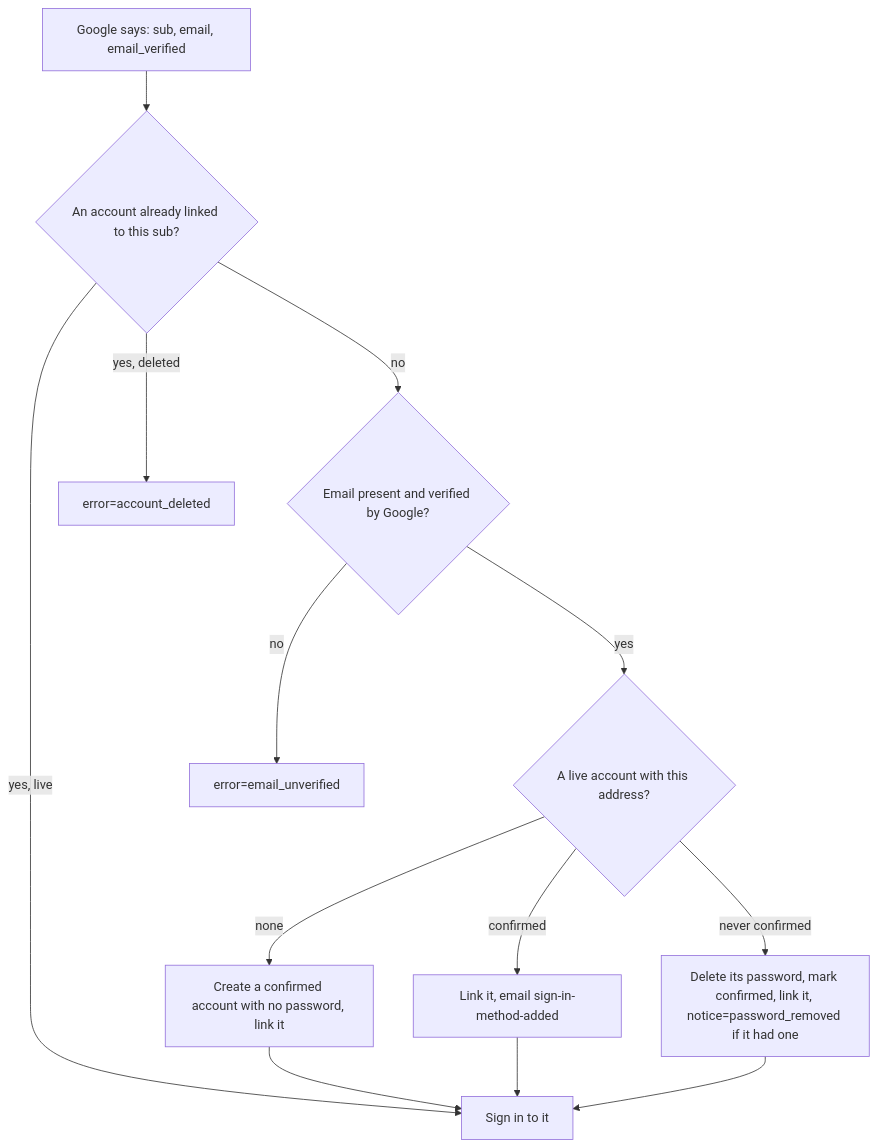
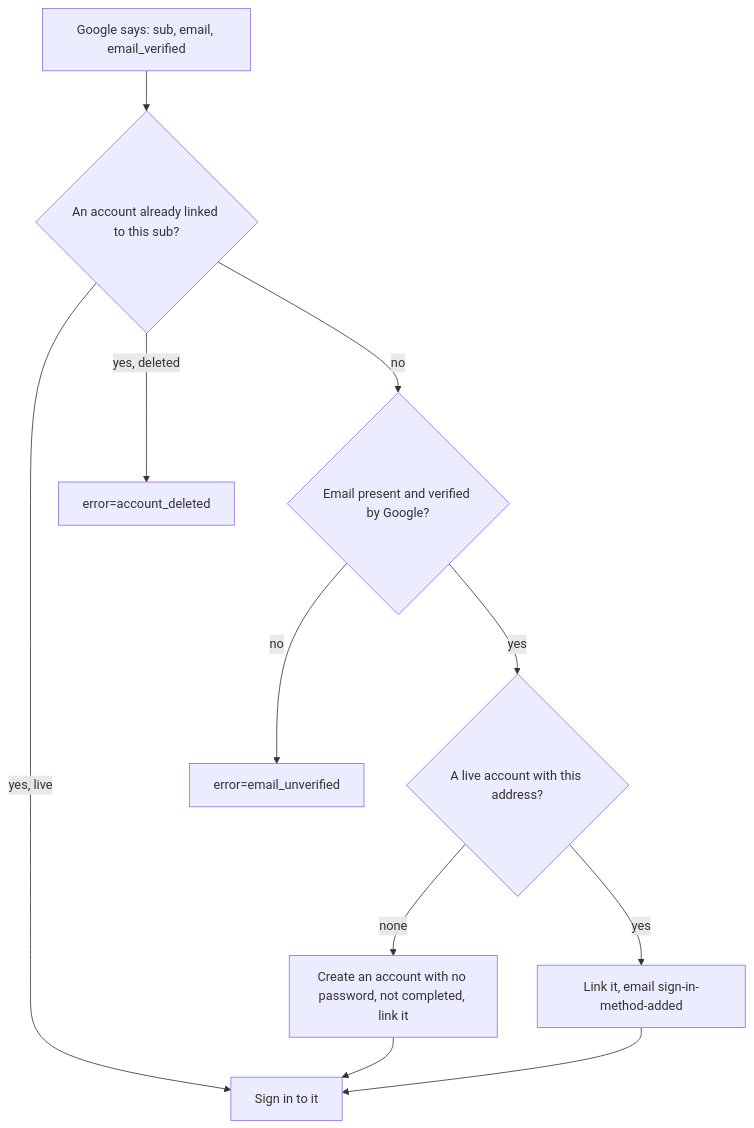
One commit to StoriuSs/NezFocus-Backend changed the ninth of 10 diagrams in docs/auth/flows.md. Above: the diagram before and after it, drawn with Mermaid. The commit also changed other lines of this file and 143 other files, not shown here.

First line of the commit message:
feat(auth): codes by email for sign-up and sign-in (L6)

````diff
--- a/docs/auth/flows.md
+++ b/docs/auth/flows.md
@@ -547,15 +478,13 @@
 ```mermaid
 flowchart TD
     S[Google says: sub, email, email_verified] --> L{An account already linked to this sub?}
     L -->|yes, live| IN[Sign in to it]
     L -->|yes, deleted| D[error=account_deleted]
     L -->|no| V{Email present and verified by Google?}
     V -->|no| U[error=email_unverified]
     V -->|yes| E{A live account with this address?}
-    E -->|none| N[Create a confirmed account with no password, link it]
-    E -->|confirmed| C[Link it, email sign-in-method-added]
-    E -->|never confirmed| X[Delete its password, mark confirmed, link it, notice=password_removed if it had one]
+    E -->|none| N[Create an account with no password, not completed, link it]
+    E -->|yes| C[Link it, email sign-in-method-added]
     N --> IN
     C --> IN
-    X --> IN
 ```
````
